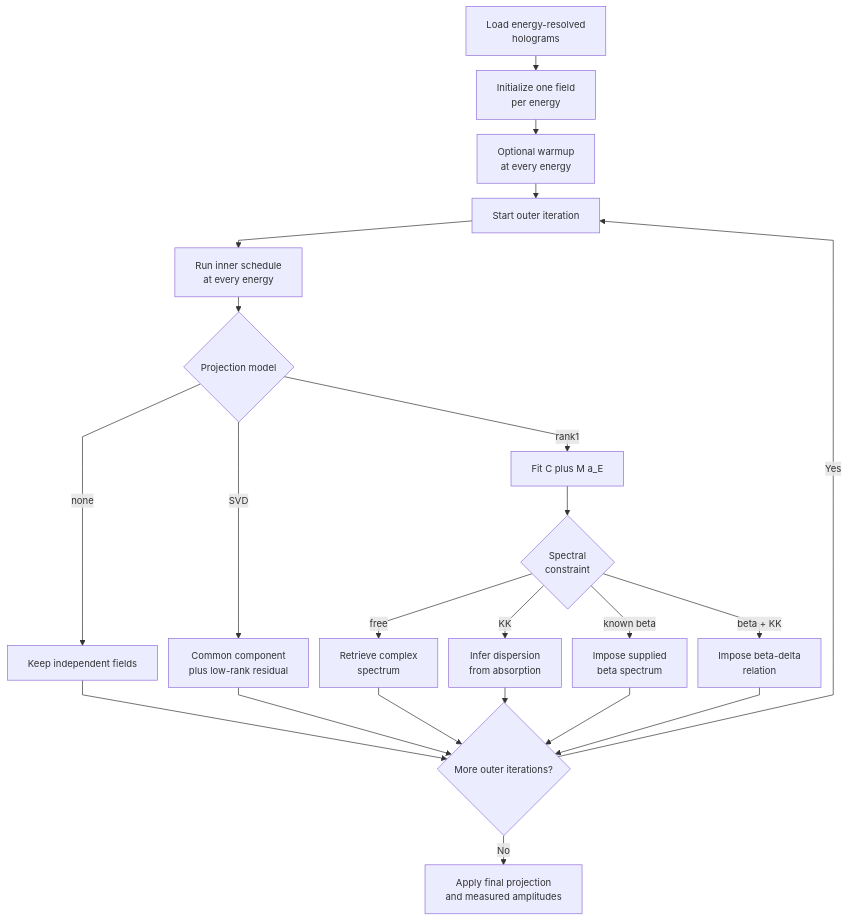
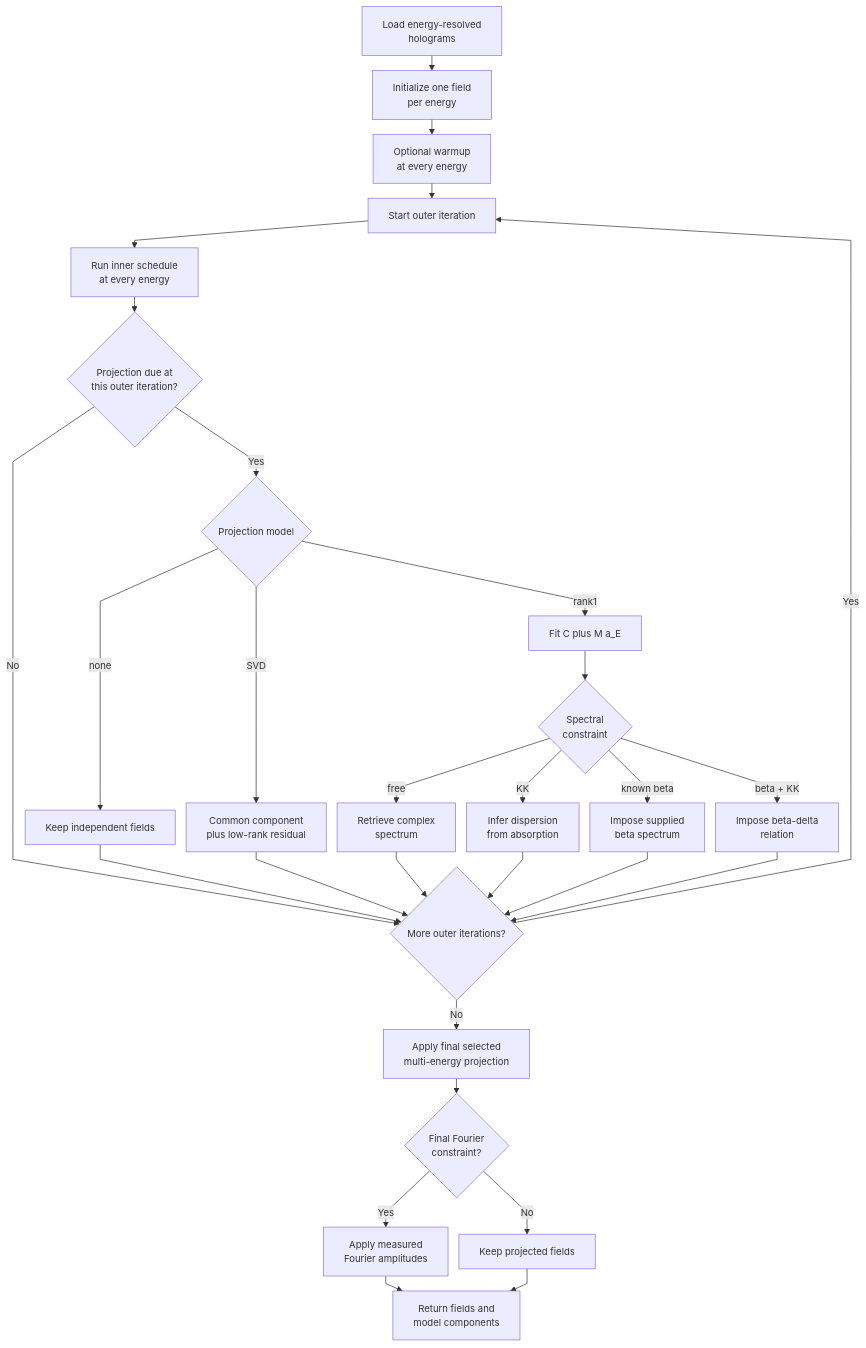
The third of 6 diagrams in docs/phase_retrieval_libraries.md (riccbatt/FTH-Phase-Retrieval-2609-SOLEIL-SEXTANTS), drawn with Mermaid before and after one commit. The commit also changed other lines of this file, not shown here.

````diff
--- a/docs/phase_retrieval_libraries.md
+++ b/docs/phase_retrieval_libraries.md
@@ -340,25 +362,32 @@
 ```mermaid
 %%{init: {"flowchart": {"nodeSpacing": 16, "rankSpacing": 22, "curve": "linear"}, "themeVariables": {"fontSize": "14px"}}}%%
 flowchart TD
     A[Load energy-resolved<br/>holograms] --> B[Initialize one field<br/>per energy]
     B --> C[Optional warmup<br/>at every energy]
     C --> D[Start outer iteration]
     D --> E[Run inner schedule<br/>at every energy]
-    E --> G{Projection model}
+    E --> F{Projection due at<br/>this outer iteration?}
+    F -- No --> P{More outer iterations?}
+    F -- Yes --> G{Projection model}
     G -- none --> H[Keep independent fields]
     G -- SVD --> I[Common component<br/>plus low-rank residual]
     G -- rank1 --> J[Fit C plus M a_E]
     J --> K{Spectral<br/>constraint}
     K -- free --> L[Retrieve complex<br/>spectrum]
     K -- KK --> M[Infer dispersion<br/>from absorption]
     K -- known beta --> N[Impose supplied<br/>beta spectrum]
     K -- beta + KK --> O[Impose beta-delta<br/>relation]
     H --> P{More outer iterations?}
     I --> P
     L --> P
     M --> P
     N --> P
     O --> P
     P -- Yes --> D
-    P -- No --> Q[Apply final projection<br/>and measured amplitudes]
+    P -- No --> Q[Apply final selected<br/>multi-energy projection]
+    Q --> R{Final Fourier<br/>constraint?}
+    R -- Yes --> S[Apply measured<br/>Fourier amplitudes]
+    R -- No --> T[Keep projected fields]
+    S --> U[Return fields and<br/>model components]
+    T --> U
 ```
````
